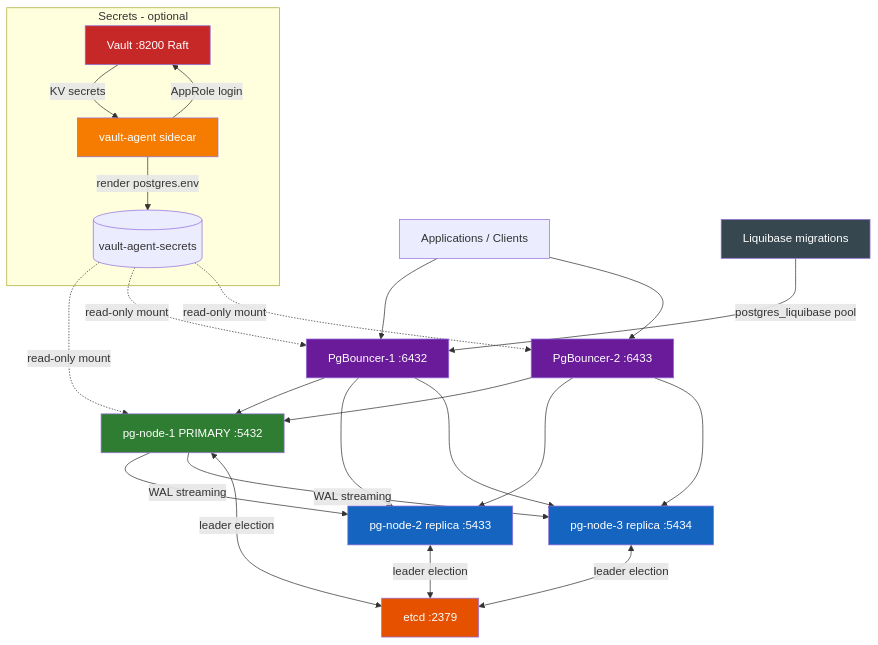
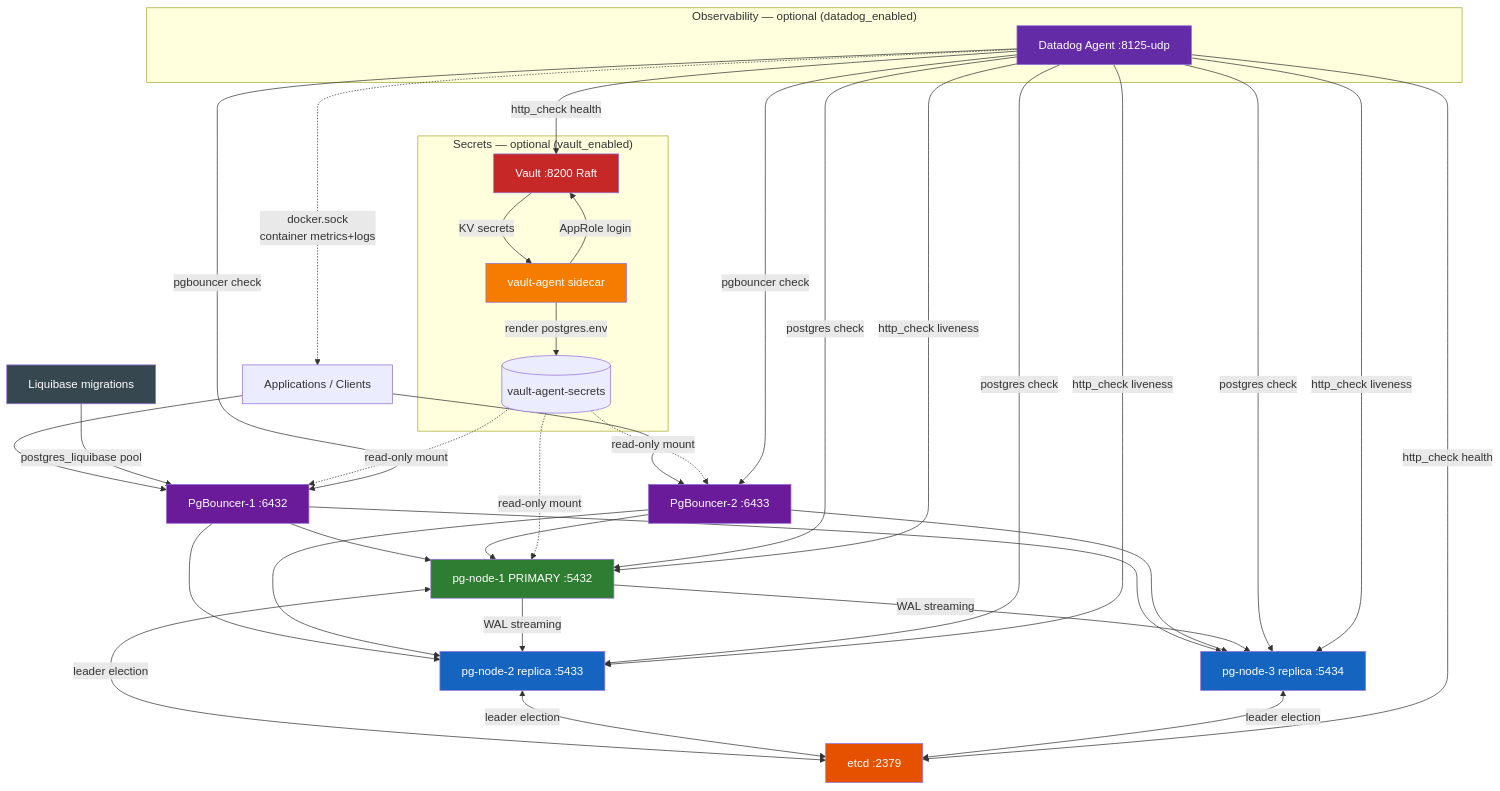
One commit to venkatajangala/terraform-docker-container-postgres changed the diagram in README.md. Above: the diagram before and after it, drawn with Mermaid. The commit also changed other lines of this file and 13 other files, not shown here.

First line of the commit message:
feat(datadog): add Datadog Agent observability integration

````diff
--- a/README.md
+++ b/README.md
@@ -98,40 +110,52 @@
 ```mermaid
 graph TD
     APP[Applications / Clients]
 
     APP --> PGB1[PgBouncer-1 :6432]
     APP --> PGB2[PgBouncer-2 :6433]
 
     PGB1 & PGB2 --> PG1[pg-node-1 PRIMARY :5432]
     PGB1 & PGB2 --> PG2[pg-node-2 replica :5433]
     PGB1 & PGB2 --> PG3[pg-node-3 replica :5434]
 
     PG1 -->|WAL streaming| PG2
     PG1 -->|WAL streaming| PG3
 
     PG1 & PG2 & PG3 <-->|leader election| ETCD[etcd :2379]
 
     LB[Liquibase migrations] -->|postgres_liquibase pool| PGB1
 
-    subgraph SECRETS["Secrets - optional"]
+    subgraph SECRETS["Secrets — optional (vault_enabled)"]
         VAULT[Vault :8200 Raft]
         AGENT[vault-agent sidecar]
         SVOL[(vault-agent-secrets)]
     end
 
     AGENT -->|AppRole login| VAULT
     VAULT -->|KV secrets| AGENT
     AGENT -->|render postgres.env| SVOL
     SVOL -. "read-only mount" .-> PG1
     SVOL -. "read-only mount" .-> PGB1 & PGB2
 
+    subgraph OBS["Observability — optional (datadog_enabled)"]
+        DD[Datadog Agent :8125-udp]
+    end
+
+    DD -->|postgres check| PG1 & PG2 & PG3
+    DD -->|pgbouncer check| PGB1 & PGB2
+    DD -->|http_check liveness| PG1 & PG2 & PG3
+    DD -->|http_check health| ETCD
+    DD -->|http_check health| VAULT
+    DD -. "docker.sock\ncontainer metrics+logs" .-> APP
+
     style PG1 fill:#2e7d32,color:#fff
     style PG2 fill:#1565c0,color:#fff
     style PG3 fill:#1565c0,color:#fff
     style PGB1 fill:#6a1b9a,color:#fff
     style PGB2 fill:#6a1b9a,color:#fff
     style ETCD fill:#e65100,color:#fff
     style LB fill:#37474f,color:#fff
     style VAULT fill:#c62828,color:#fff
     style AGENT fill:#f57c00,color:#fff
+    style DD fill:#632ca6,color:#fff
 ```
````
